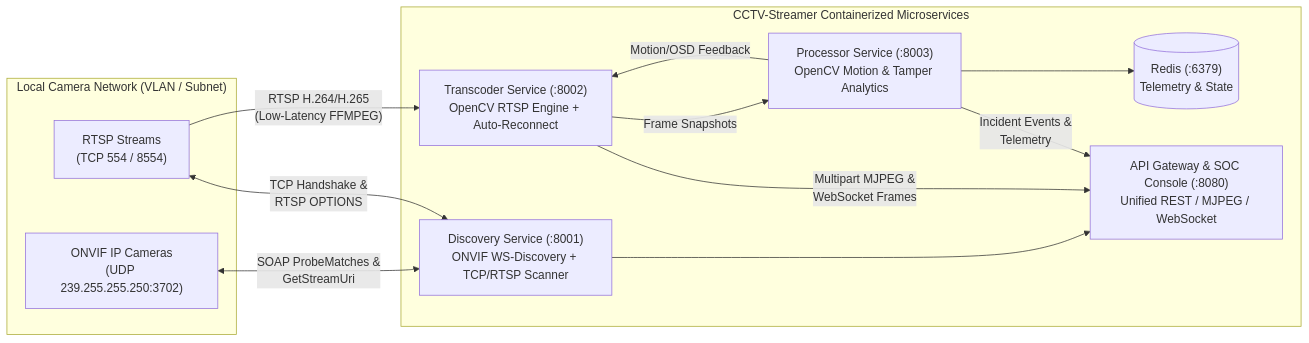
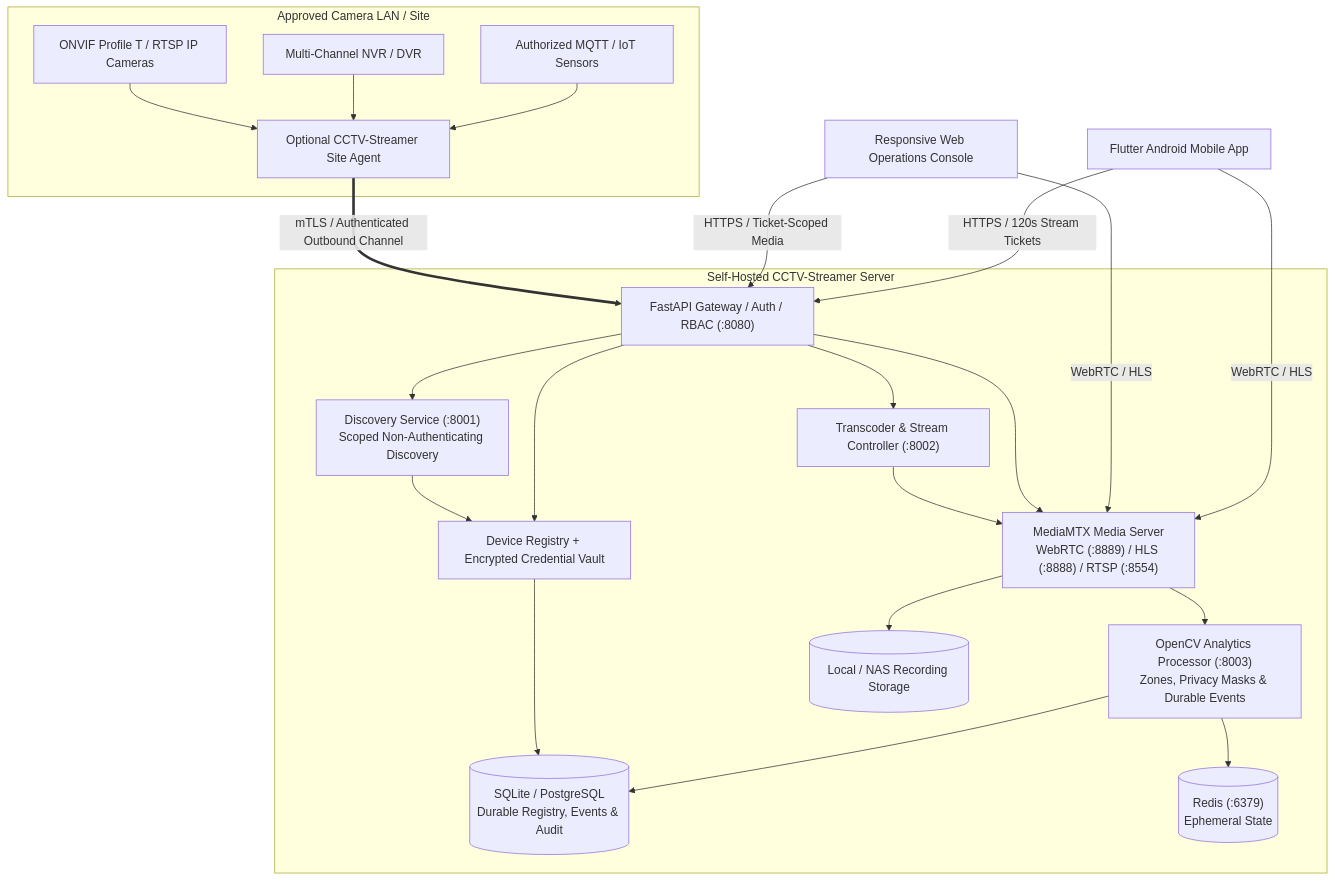
Before and after one commit to lumifya11/CCTV-Streamer: the diagram in README.md, drawn with Mermaid. The commit also changed other lines of this file and 44 other files, not shown here.

Commit message:
feat: implement Ultra Master Blueprint v1.0 security hardening, durable registry, vault, MediaMTX plane, and Flutter mobile app

````diff
--- a/README.md
+++ b/README.md
@@ -16,25 +29,42 @@
 ```mermaid
-flowchart LR
-    subgraph LAN["Local Camera Network (VLAN / Subnet)"]
-        CAM1["ONVIF IP Cameras\n(UDP 239.255.255.250:3702)"]
-        CAM2["RTSP Streams\n(TCP 554 / 8554)"]
-    end
+flowchart TB
+  subgraph SITE["Approved Camera LAN / Site"]
+    C1["ONVIF Profile T / RTSP IP Cameras"]
+    C2["Multi-Channel NVR / DVR"]
+    IOT["Authorized MQTT / IoT Sensors"]
+    AGENT["Optional CCTV-Streamer Site Agent"]
+    C1 --> AGENT
+    C2 --> AGENT
+    IOT --> AGENT
+  end
 
-    subgraph Microservices["CCTV-Streamer Containerized Microservices"]
-        DISC["Discovery Service (:8001)\nONVIF WS-Discovery + TCP/RTSP Scanner"]
-        TRANS["Transcoder Service (:8002)\nOpenCV RTSP Engine + Auto-Reconnect"]
-        PROC["Processor Service (:8003)\nOpenCV Motion & Tamper Analytics"]
-        REDIS[("Redis (:6379)\nTelemetry & State")]
-        GW["API Gateway & SOC Console (:8080)\nUnified REST / MJPEG / WebSocket"]
-    end
+  subgraph CORE["Self-Hosted CCTV-Streamer Server"]
+    DISC["Discovery Service (:8001)\nScoped Non-Authenticating Discovery"]
+    REG["Device Registry + Encrypted Credential Vault"]
+    GW["FastAPI Gateway / Auth / RBAC (:8080)"]
+    MEDIA["MediaMTX Media Server\nWebRTC (:8889) / HLS (:8888) / RTSP (:8554)"]
+    TRANS["Transcoder & Stream Controller (:8002)"]
+    PROC["OpenCV Analytics Processor (:8003)\nZones, Privacy Masks & Durable Events"]
+    DB[("SQLite / PostgreSQL\nDurable Registry, Events & Audit")]
+    REDIS[("Redis (:6379)\nEphemeral State")]
+    STORE[("Local / NAS Recording Storage")]
 
-    CAM1 <-->|"SOAP ProbeMatches &\nGetStreamUri"| DISC
-    CAM2 <-->|"TCP Handshake &\nRTSP OPTIONS"| DISC
-    CAM2 -->|"RTSP H.264/H.265\n(Low-Latency FFMPEG)"| TRANS
-    TRANS -->|"Frame Snapshots"| PROC
-    PROC -->|"Motion/OSD Feedback"| TRANS
+    DISC --> REG
+    REG --> DB
+    GW --> REG
+    GW --> DISC
+    GW --> TRANS
+    TRANS --> MEDIA
+    MEDIA --> STORE
+    MEDIA --> PROC
+    PROC --> DB
     PROC --> REDIS
-    DISC --> GW
-    TRANS -->|"Multipart MJPEG &\nWebSocket Frames"| GW
-    PROC -->|"Incident Events &\nTelemetry"| GW
+    GW --> MEDIA
+  end
+
+  AGENT == "mTLS / Authenticated Outbound Channel" ==> GW
+  WEB["Responsive Web Operations Console"] -->|"HTTPS / Ticket-Scoped Media"| GW
+  APP["Flutter Android Mobile App"] -->|"HTTPS / 120s Stream Tickets"| GW
+  WEB -->|"WebRTC / HLS"| MEDIA
+  APP -->|"WebRTC / HLS"| MEDIA
 ```
````
